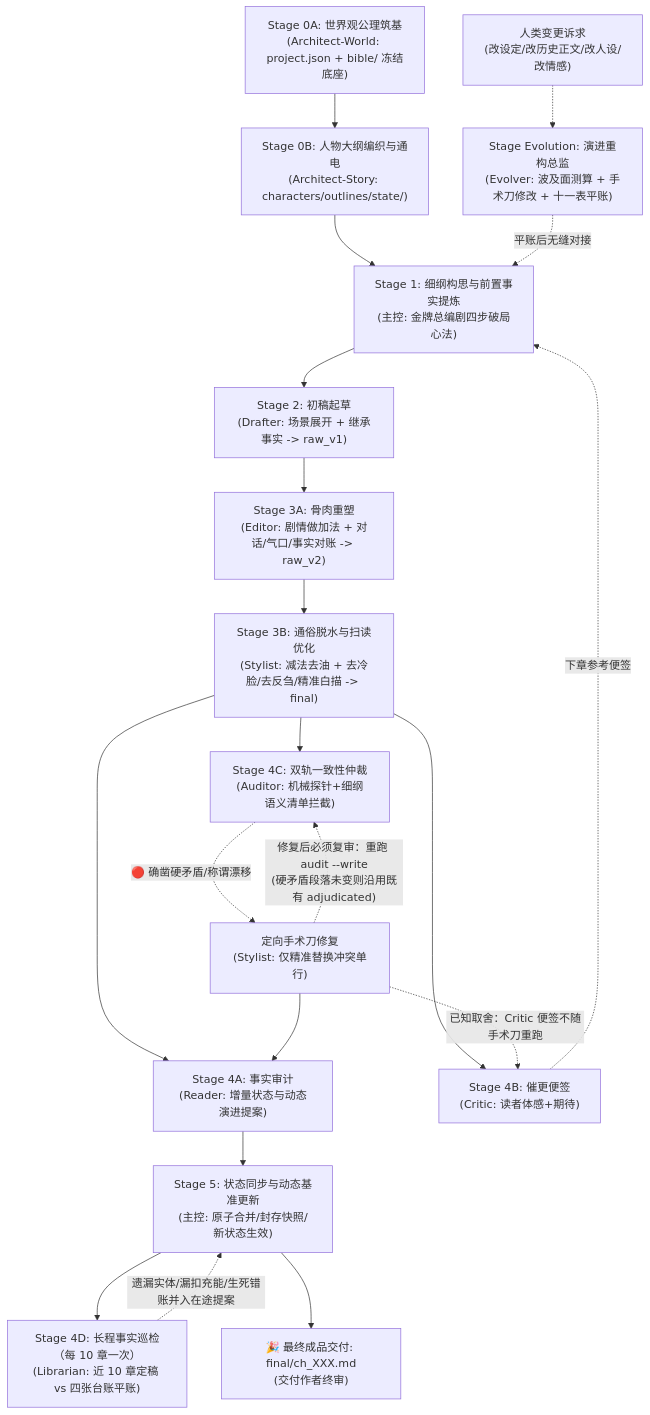
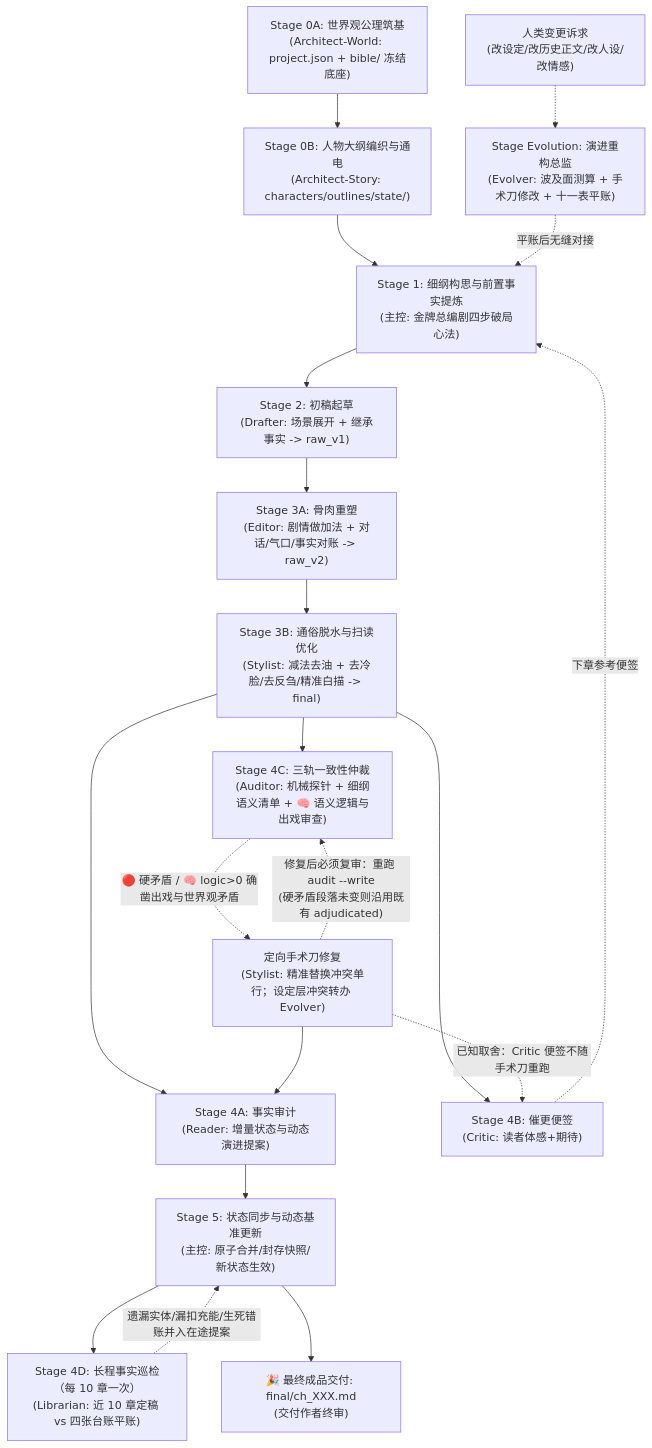
The diagram in AGENTS.md (cg110902/NOVEL), drawn with Mermaid before and after one commit. The commit also changed other lines of this file and 26 other files, not shown here.

````diff
--- a/AGENTS.md
+++ b/AGENTS.md
@@ -67,23 +76,23 @@
 ```mermaid
 graph TD
     S0A["Stage 0A: 世界观公理筑基<br/>(Architect-World: project.json + bible/ 冻结底座)"] --> S0B["Stage 0B: 人物大纲编织与通电<br/>(Architect-Story: characters/outlines/state/)"]
     S0B --> S1["Stage 1: 细纲构思与前置事实提炼<br/>(主控: 金牌总编剧四步破局心法)"]
     S1 --> S2["Stage 2: 初稿起草<br/>(Drafter: 场景展开 + 继承事实 -> raw_v1)"]
     S2 --> S3A["Stage 3A: 骨肉重塑<br/>(Editor: 剧情做加法 + 对话/气口/事实对账 -> raw_v2)"]
     S3A --> S3B["Stage 3B: 通俗脱水与扫读优化<br/>(Stylist: 减法去油 + 去冷脸/去反刍/精准白描 -> final)"]
     S3B --> S4A["Stage 4A: 事实审计<br/>(Reader: 增量状态与动态演进提案)"]
     S3B --> S4B["Stage 4B: 催更便签<br/>(Critic: 读者体感+期待)"]
-    S3B --> S4C["Stage 4C: 双轨一致性仲裁<br/>(Auditor: 机械探针+细纲语义清单拦截)"]
-    S4C -. "🔴 确凿硬矛盾/称谓漂移" .-> S4Patch["定向手术刀修复<br/>(Stylist: 仅精准替换冲突单行)"]
+    S3B --> S4C["Stage 4C: 三轨一致性仲裁<br/>(Auditor: 机械探针 + 细纲语义清单 + 🧠 语义逻辑与出戏审查)"]
+    S4C -. "🔴 硬矛盾 / 🧠 logic>0 确凿出戏与世界观矛盾" .-> S4Patch["定向手术刀修复<br/>(Stylist: 精准替换冲突单行；设定层冲突转办 Evolver)"]
     S4Patch -. "修复后必须复审：重跑 audit --write<br/>(硬矛盾段落未变则沿用既有 adjudicated)" .-> S4C
     S4Patch --> S4A
     S4A --> S5["Stage 5: 状态同步与动态基准更新<br/>(主控: 原子合并/封存快照/新状态生效)"]
     S5 --> S4D["Stage 4D: 长程事实巡检（每 10 章一次）<br/>(Librarian: 近 10 章定稿 vs 四张台账平账)"]
     S4D -. "遗漏实体/漏扣充能/生死错账并入在途提案" .-> S5
     S4Patch -. "已知取舍：Critic 便签不随手术刀重跑" .-> S4B
     S4B -. "下章参考便签" .-> S1
     S5 --> S6["🎉 最终成品交付: final/ch_XXX.md<br/>(交付作者终审)"]
 
     UserChange["人类变更诉求<br/>(改设定/改历史正文/改人设/改情感)"] -.-> SEvolution["Stage Evolution: 演进重构总监<br/>(Evolver: 波及面测算 + 手术刀修改 + 十一表平账)"]
     SEvolution -. "平账后无缝对接" .-> S1
 ```
````
